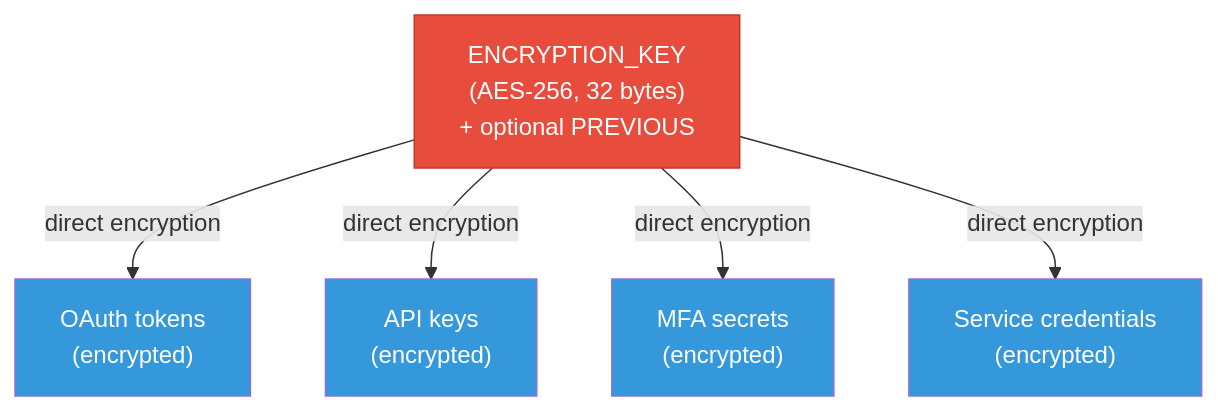
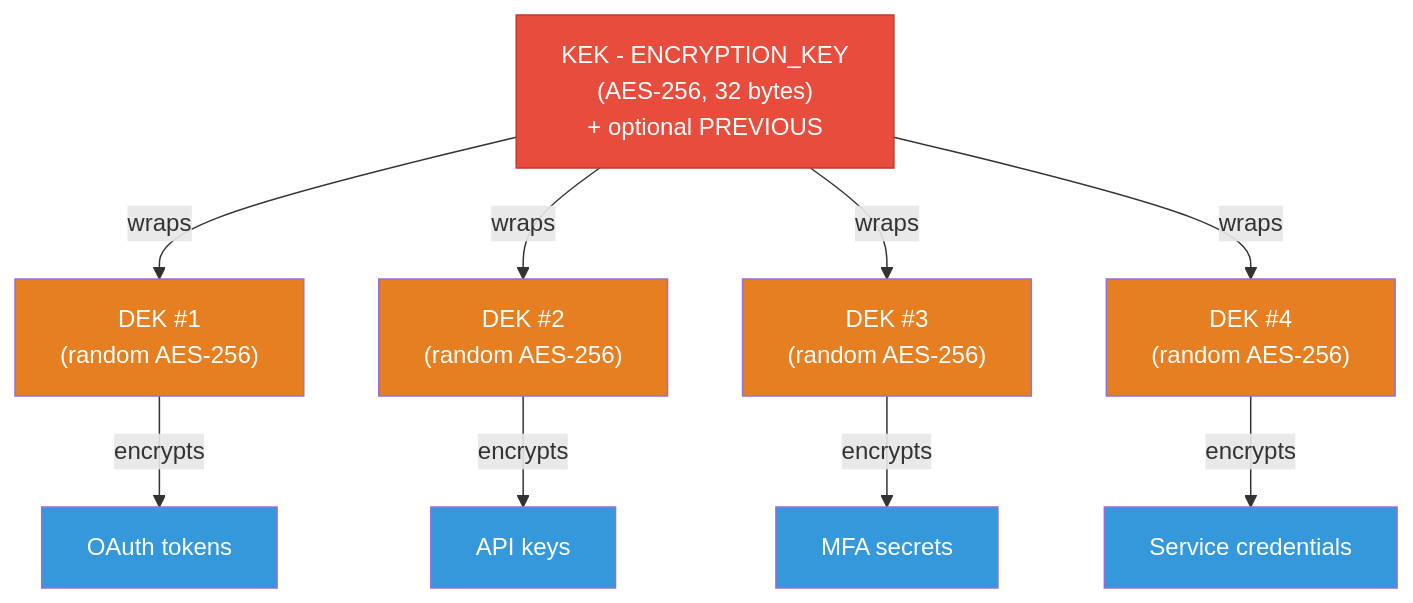
Before and after one commit to ChronoAIProject/NyxID: the first of 29 diagrams in docs/ENCRYPTION_ARCHITECTURE.md, drawn with Mermaid. The commit also changed other lines of this file and 8 other files, not shown here.

````diff
--- a/docs/ENCRYPTION_ARCHITECTURE.md
+++ b/docs/ENCRYPTION_ARCHITECTURE.md
@@ -29,14 +29,24 @@
 ```mermaid
 graph TD
-    EK["ENCRYPTION_KEY<br/>(AES-256, 32 bytes)<br/>+ optional PREVIOUS"]
-    EK -->|direct encryption| OT["OAuth tokens<br/>(encrypted)"]
-    EK -->|direct encryption| AK["API keys<br/>(encrypted)"]
-    EK -->|direct encryption| MFA["MFA secrets<br/>(encrypted)"]
-    EK -->|direct encryption| SC["Service credentials<br/>(encrypted)"]
+    KEK["KEK - ENCRYPTION_KEY<br/>(AES-256, 32 bytes)<br/>+ optional PREVIOUS"]
 
-    style EK fill:#e74c3c,color:#fff,stroke:#c0392b
+    KEK -->|wraps| DEK1["DEK #1<br/>(random AES-256)"]
+    KEK -->|wraps| DEK2["DEK #2<br/>(random AES-256)"]
+    KEK -->|wraps| DEK3["DEK #3<br/>(random AES-256)"]
+    KEK -->|wraps| DEK4["DEK #4<br/>(random AES-256)"]
+
+    DEK1 -->|encrypts| OT["OAuth tokens"]
+    DEK2 -->|encrypts| AK["API keys"]
+    DEK3 -->|encrypts| MFA["MFA secrets"]
+    DEK4 -->|encrypts| SC["Service credentials"]
+
+    style KEK fill:#e74c3c,color:#fff,stroke:#c0392b
+    style DEK1 fill:#e67e22,color:#fff
+    style DEK2 fill:#e67e22,color:#fff
+    style DEK3 fill:#e67e22,color:#fff
+    style DEK4 fill:#e67e22,color:#fff
     style OT fill:#3498db,color:#fff
     style AK fill:#3498db,color:#fff
     style MFA fill:#3498db,color:#fff
     style SC fill:#3498db,color:#fff
 ```
````
